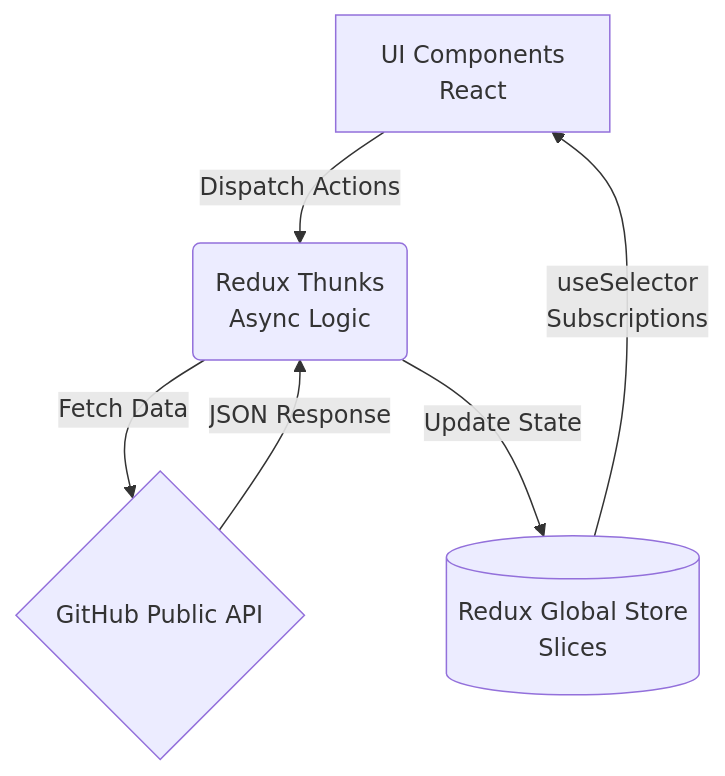
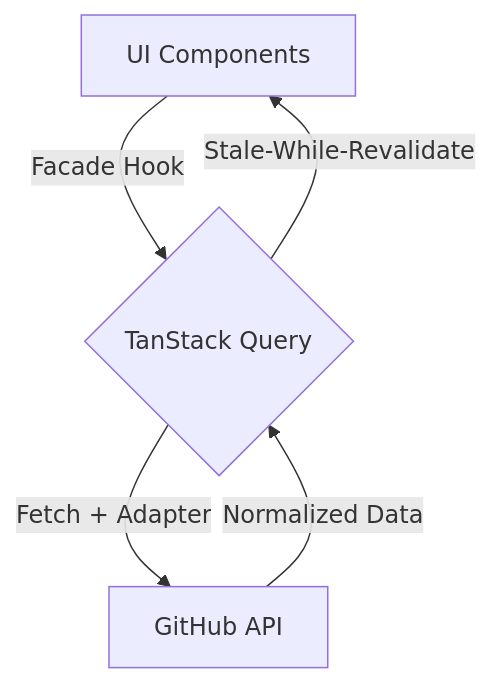
One commit to Slinkter/myprojectapi01 changed the diagram in src/docs/00-diagnostico-tecnico.md. Above: the diagram before and after it, drawn with Mermaid. The commit also changed other lines of this file and 29 other files, not shown here.

````diff
--- a/src/docs/00-diagnostico-tecnico.md
+++ b/src/docs/00-diagnostico-tecnico.md
@@ -32,8 +27,7 @@
 ```mermaid
 graph TD
-    A[UI Components \n React] -->|Dispatch Actions| B(Redux Thunks \n Async Logic)
-    B -->|Fetch Data| C{GitHub Public API}
-    C -->|JSON Response| B
-    B -->|Update State| D[(Redux Global Store \n Slices)]
-    D -->|useSelector \n Subscriptions| A
+    A[UI Components] -->|Facade Hook| B{TanStack Query}
+    B -->|Fetch + Adapter| C[GitHub API]
+    C -->|Normalized Data| B
+    B -->|Stale-While-Revalidate| A
 ```
````
